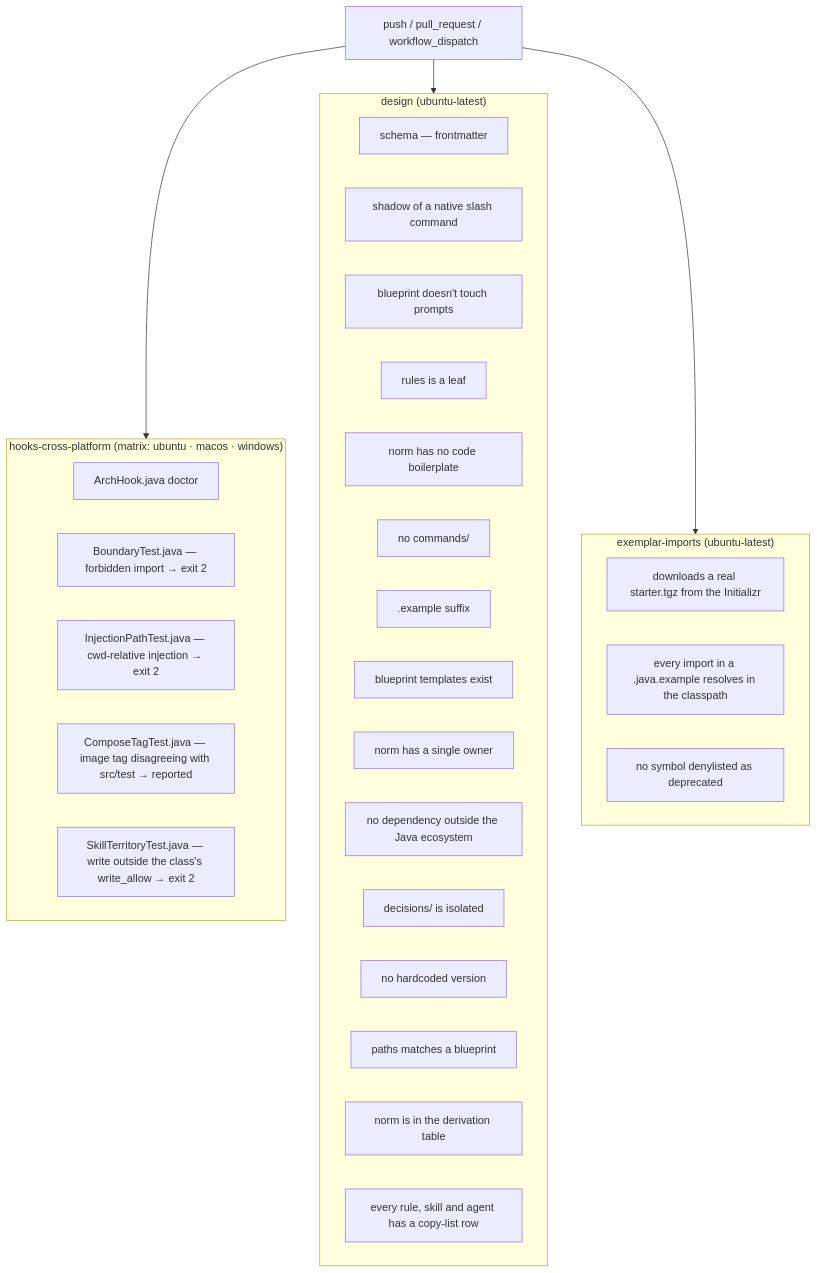
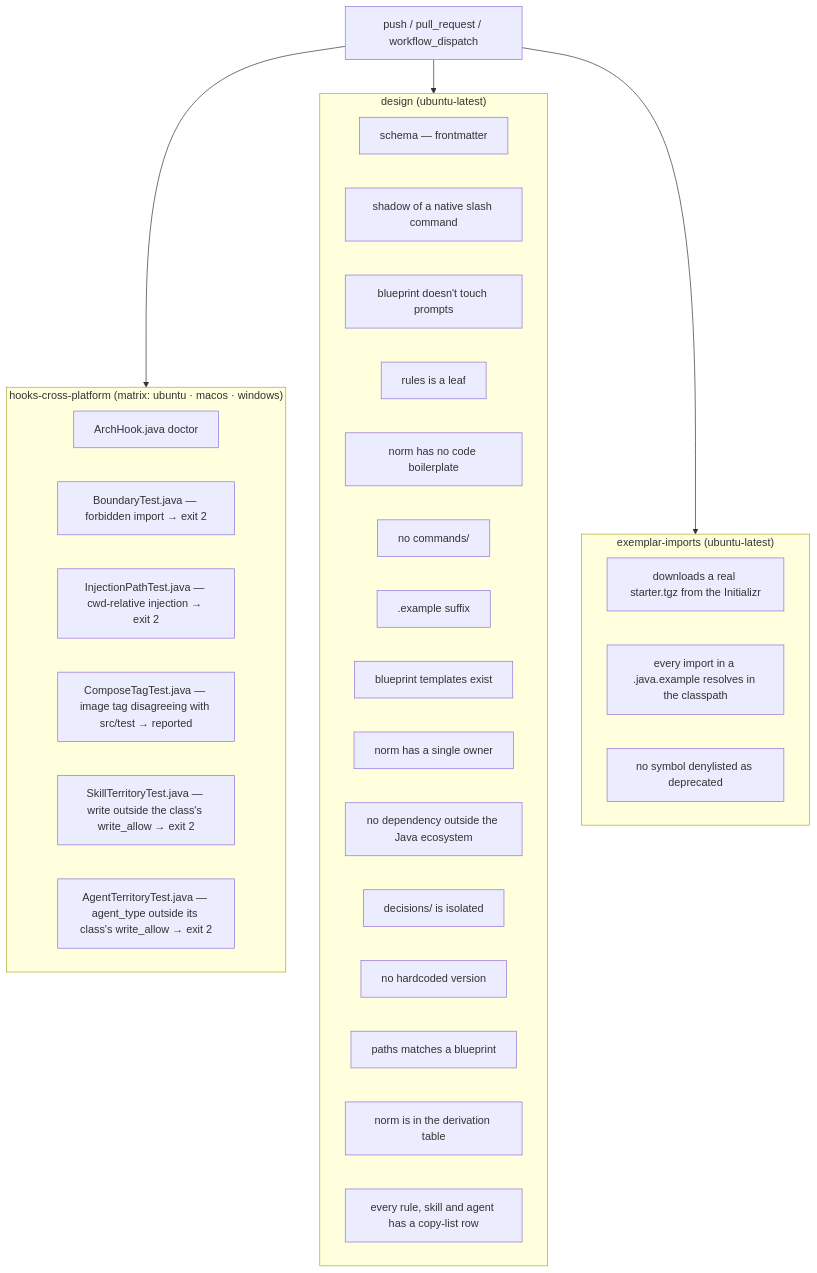
Before and after one commit to ice-lfernandes/claude-spring-architect: the diagram in docs/en/07-ci-validate.md, drawn with Mermaid. The commit also changed other lines of this file and 23 other files, not shown here.

First line of the commit message:
feat: agent classes as data — body schema, required frontmatter, and write territory keyed on agent_type

````diff
--- a/docs/en/07-ci-validate.md
+++ b/docs/en/07-ci-validate.md
@@ -17,38 +17,39 @@
 ```mermaid
 flowchart TD
     T[push / pull_request / workflow_dispatch] --> J1
     T --> J2
     T --> J3
 
     subgraph J1["hooks-cross-platform (matrix: ubuntu · macos · windows)"]
         H1[ArchHook.java doctor]
         H2[BoundaryTest.java — forbidden import → exit 2]
         H3[InjectionPathTest.java — cwd-relative injection → exit 2]
         H4[ComposeTagTest.java — image tag disagreeing with src/test → reported]
         H5[SkillTerritoryTest.java — write outside the class's write_allow → exit 2]
+        H6[AgentTerritoryTest.java — agent_type outside its class's write_allow → exit 2]
     end
 
     subgraph J2["design (ubuntu-latest)"]
         D1[schema — frontmatter]
         D3[shadow of a native slash command]
         D4[blueprint doesn't touch prompts]
         D5[rules is a leaf]
         D6[norm has no code boilerplate]
         D7[no commands/]
         D8[.example suffix]
         D9[blueprint templates exist]
         D10[norm has a single owner]
         D11[no dependency outside the Java ecosystem]
         D12[decisions/ is isolated]
         D13[no hardcoded version]
         D14[paths matches a blueprint]
         D15[norm is in the derivation table]
         D16[every rule, skill and agent has a copy-list row]
     end
 
     subgraph J3["exemplar-imports (ubuntu-latest)"]
         E1[downloads a real starter.tgz from the Initializr]
         E2[every import in a .java.example resolves in the classpath]
         E3[no symbol denylisted as deprecated]
     end
 ```
````
